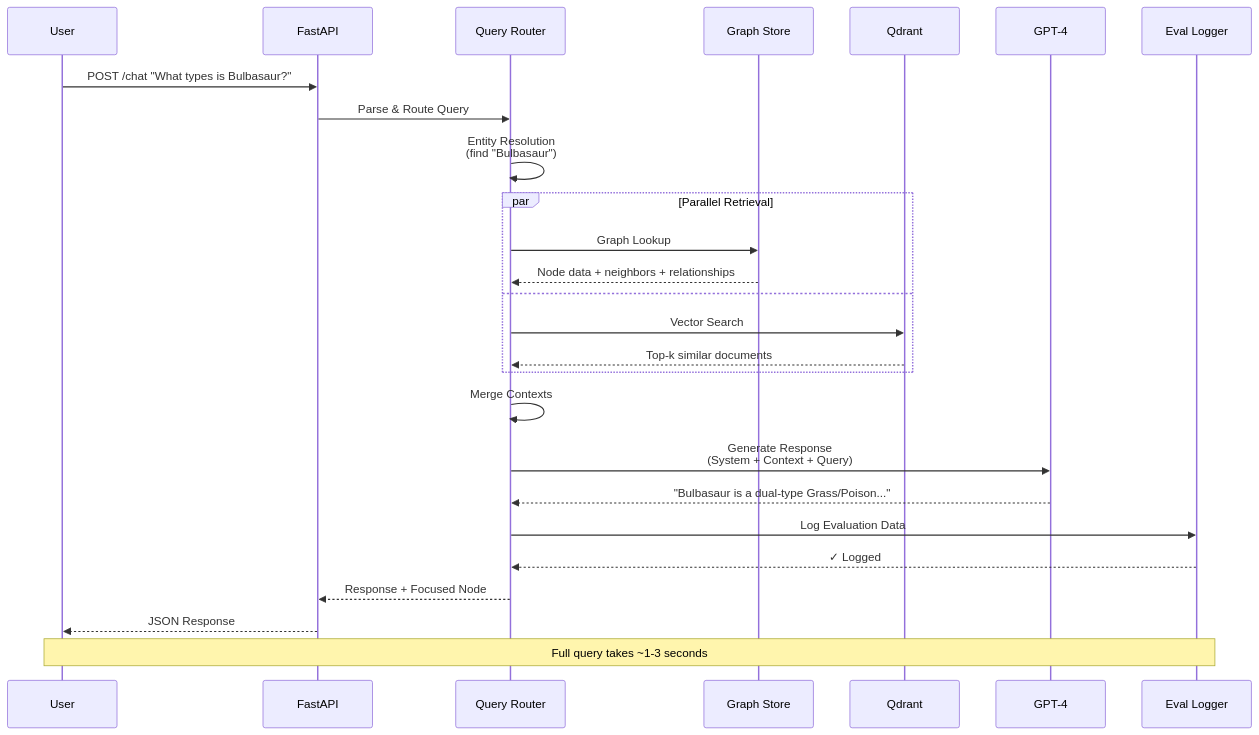
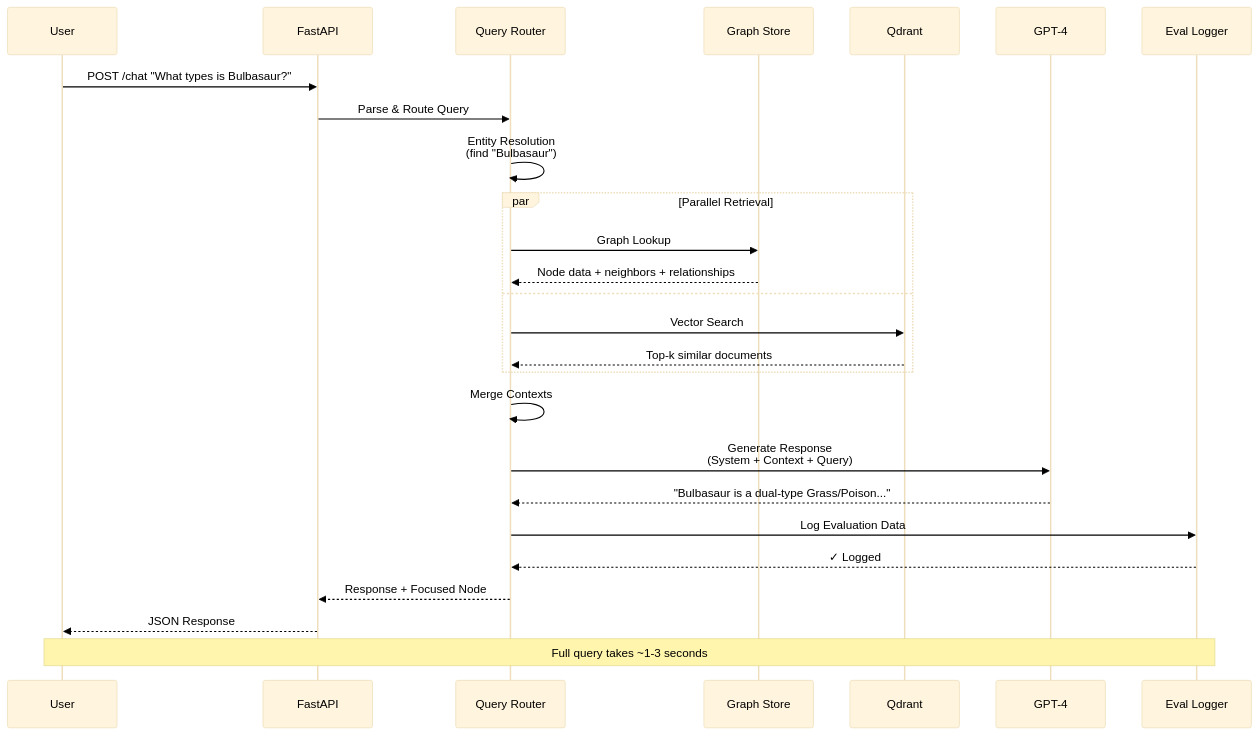
Before and after one commit to anirudhk-tech/Pokedex: the third of 8 diagrams in docs/ARCHITECTURE.md, drawn with Mermaid. The commit also changed other lines of this file and 2 other files, not shown here.

````diff
--- a/docs/ARCHITECTURE.md
+++ b/docs/ARCHITECTURE.md
@@ -190,36 +192,37 @@
 ```mermaid
+%%{init: {'theme': 'base', 'themeVariables': { 'primaryTextColor': '#000000', 'secondaryTextColor': '#000000', 'actorTextColor': '#000000', 'signalTextColor': '#000000', 'labelTextColor': '#000000', 'loopTextColor': '#000000', 'noteTextColor': '#000000'}}}%%
 sequenceDiagram
     participant User
     participant API as FastAPI
     participant Router as Query Router
     participant Graph as Graph Store
     participant Vector as Qdrant
     participant LLM as GPT-4
     participant Logger as Eval Logger
 
     User->>API: POST /chat "What types is Bulbasaur?"
     API->>Router: Parse & Route Query
     
     Router->>Router: Entity Resolution<br/>(find "Bulbasaur")
     
     par Parallel Retrieval
         Router->>Graph: Graph Lookup
         Graph-->>Router: Node data + neighbors + relationships
     and
         Router->>Vector: Vector Search
         Vector-->>Router: Top-k similar documents
     end
 
     Router->>Router: Merge Contexts
 
     Router->>LLM: Generate Response<br/>(System + Context + Query)
     LLM-->>Router: "Bulbasaur is a dual-type Grass/Poison..."
 
     Router->>Logger: Log Evaluation Data
     Logger-->>Router: ✓ Logged
 
     Router-->>API: Response + Focused Node
     API-->>User: JSON Response
 
     Note over User,Logger: Full query takes ~1-3 seconds
 ```
````
